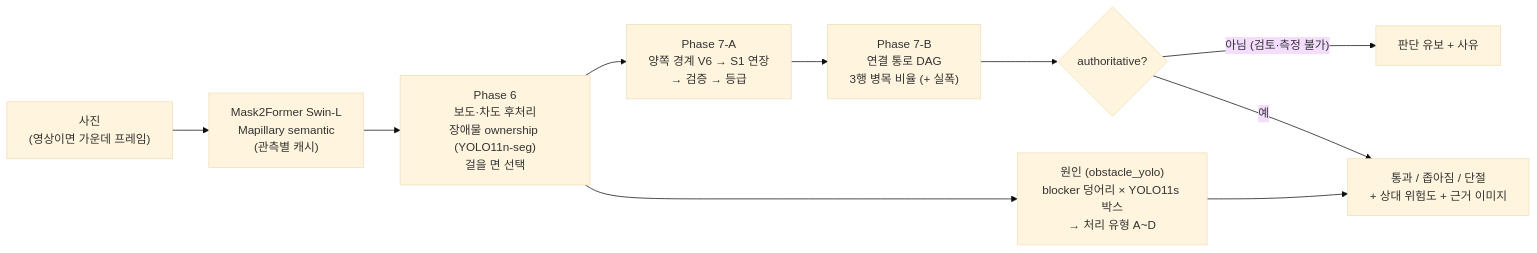
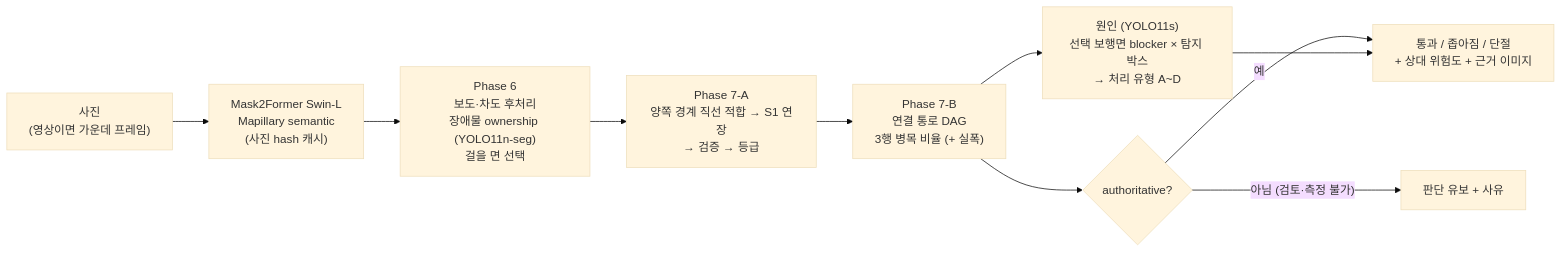
One commit to KingHaKyung/RoadPush_BE changed the second of 4 diagrams in docs/GUIDE.md. Above: the diagram before and after it, drawn with Mermaid (base theme). The commit also changed other lines of this file and 23 other files, not shown here.

````diff
--- a/docs/GUIDE.md
+++ b/docs/GUIDE.md
@@ -62,12 +62,12 @@
 ```mermaid
 flowchart LR
-    F["사진<br/>(영상이면 가운데 프레임)"] --> M["Mask2Former Swin-L<br/>Mapillary semantic<br/>(관측별 캐시)"]
+    F["사진<br/>(영상이면 가운데 프레임)"] --> M["Mask2Former Swin-L<br/>Mapillary semantic<br/>(사진 hash 캐시)"]
     M --> P6["Phase 6<br/>보도·차도 후처리<br/>장애물 ownership (YOLO11n-seg)<br/>걸을 면 선택"]
-    P6 --> P7A["Phase 7-A<br/>양쪽 경계 V6 → S1 연장<br/>→ 검증 → 등급"]
+    P6 --> P7A["Phase 7-A<br/>양쪽 경계 직선 적합 → S1 연장<br/>→ 검증 → 등급"]
     P7A --> P7B["Phase 7-B<br/>연결 통로 DAG<br/>3행 병목 비율 (+ 실폭)"]
-    P6 --> CA["원인 (obstacle_yolo)<br/>blocker 덩어리 × YOLO11s 박스<br/>→ 처리 유형 A~D"]
+    P7B --> CA["원인 (YOLO11s)<br/>선택 보행면 blocker × 탐지 박스<br/>→ 처리 유형 A~D"]
     P7B --> J{"authoritative?"}
     J -- "아님 (검토·측정 불가)" --> U["판단 유보 + 사유"]
     J -- 예 --> R["통과 / 좁아짐 / 단절<br/>+ 상대 위험도 + 근거 이미지"]
     CA --> R
 ```
````
